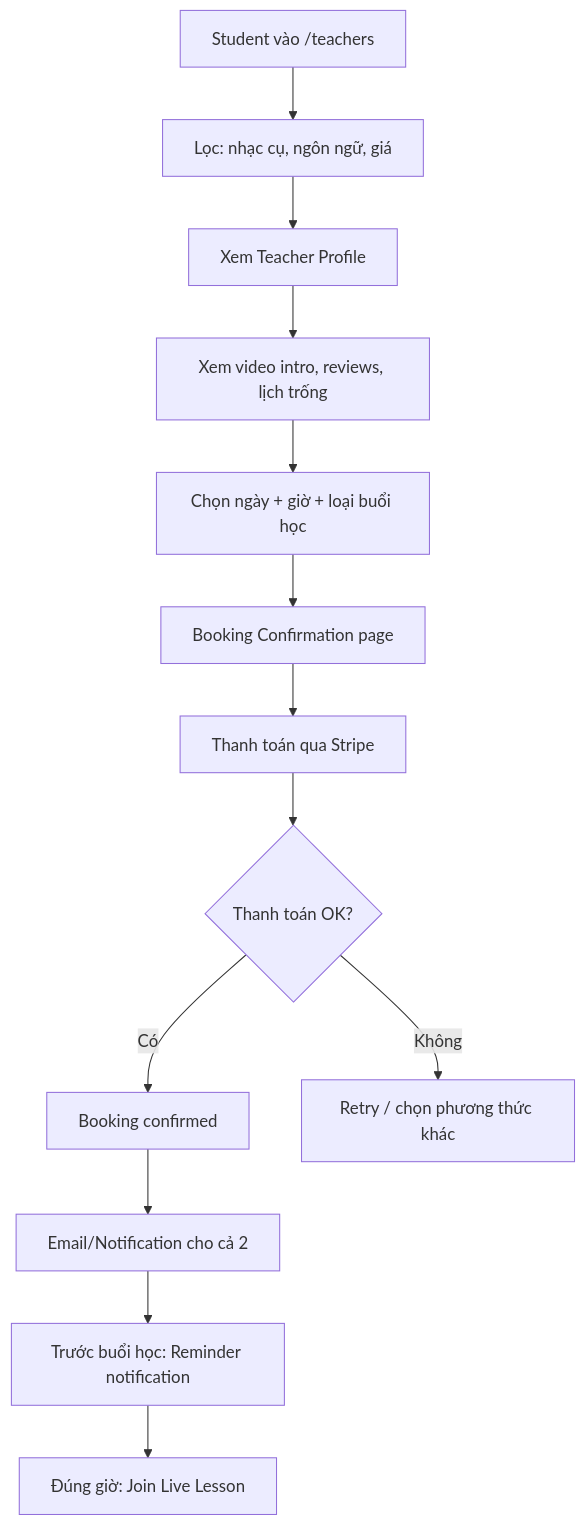
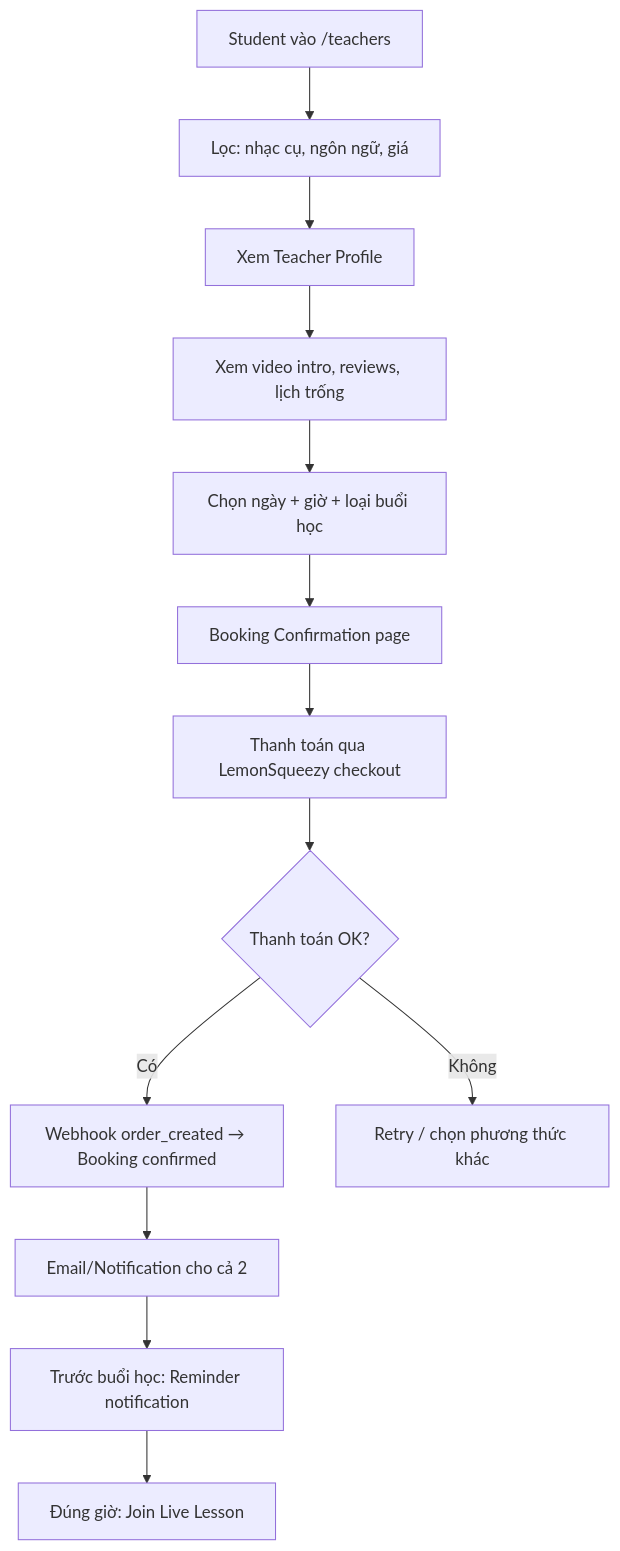
One commit to trungtrungkang/backing-score changed the second of 4 diagrams in docs/main/marketplace_design.md. Above: the diagram before and after it, drawn with Mermaid. The commit also changed other lines of this file and 2 other files, not shown here.

First line of the commit message:
docs: replace Stripe Connect with LemonSqueezy payment architecture

````diff
--- a/docs/main/marketplace_design.md
+++ b/docs/main/marketplace_design.md
@@ -200,15 +200,15 @@
 ```mermaid
 flowchart TD
     A[Student vào /teachers] --> B[Lọc: nhạc cụ, ngôn ngữ, giá]
     B --> C[Xem Teacher Profile]
     C --> D[Xem video intro, reviews, lịch trống]
     D --> E[Chọn ngày + giờ + loại buổi học]
     E --> F[Booking Confirmation page]
-    F --> G[Thanh toán qua Stripe]
+    F --> G[Thanh toán qua LemonSqueezy checkout]
     G --> H{Thanh toán OK?}
-    H -->|Có| I[Booking confirmed]
+    H -->|Có| I[Webhook order_created → Booking confirmed]
     I --> J[Email/Notification cho cả 2]
     J --> K[Trước buổi học: Reminder notification]
     K --> L[Đúng giờ: Join Live Lesson]
     H -->|Không| M[Retry / chọn phương thức khác]
 ```
````
